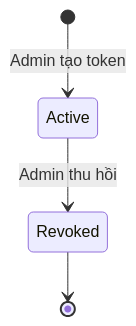
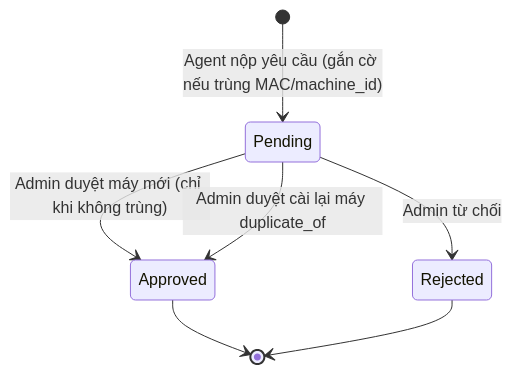
The second of 5 diagrams in design/docs/05-behavior/state-machines/README.md (binhtoong21/linux-access-control), drawn with Mermaid before and after one commit. The commit also changed other lines of this file and 22 other files, not shown here.

First line of the commit message:
docs(design): Apply post-07-data review (D-014..D-017), drop EnrollmentToken, add reenroll flow

````diff
--- a/design/docs/05-behavior/state-machines/README.md
+++ b/design/docs/05-behavior/state-machines/README.md
@@ -25,6 +25,9 @@
 ```mermaid
 stateDiagram-v2
-    [*] --> Active: Admin tạo token
-    Active --> Revoked: Admin thu hồi
-    Revoked --> [*]
+    [*] --> Pending: Agent nộp yêu cầu (gắn cờ nếu trùng MAC/machine_id)
+    Pending --> Approved: Admin duyệt máy mới (chỉ khi không trùng)
+    Pending --> Approved: Admin duyệt cài lại máy duplicate_of
+    Pending --> Rejected: Admin từ chối
+    Approved --> [*]
+    Rejected --> [*]
 ```
````
